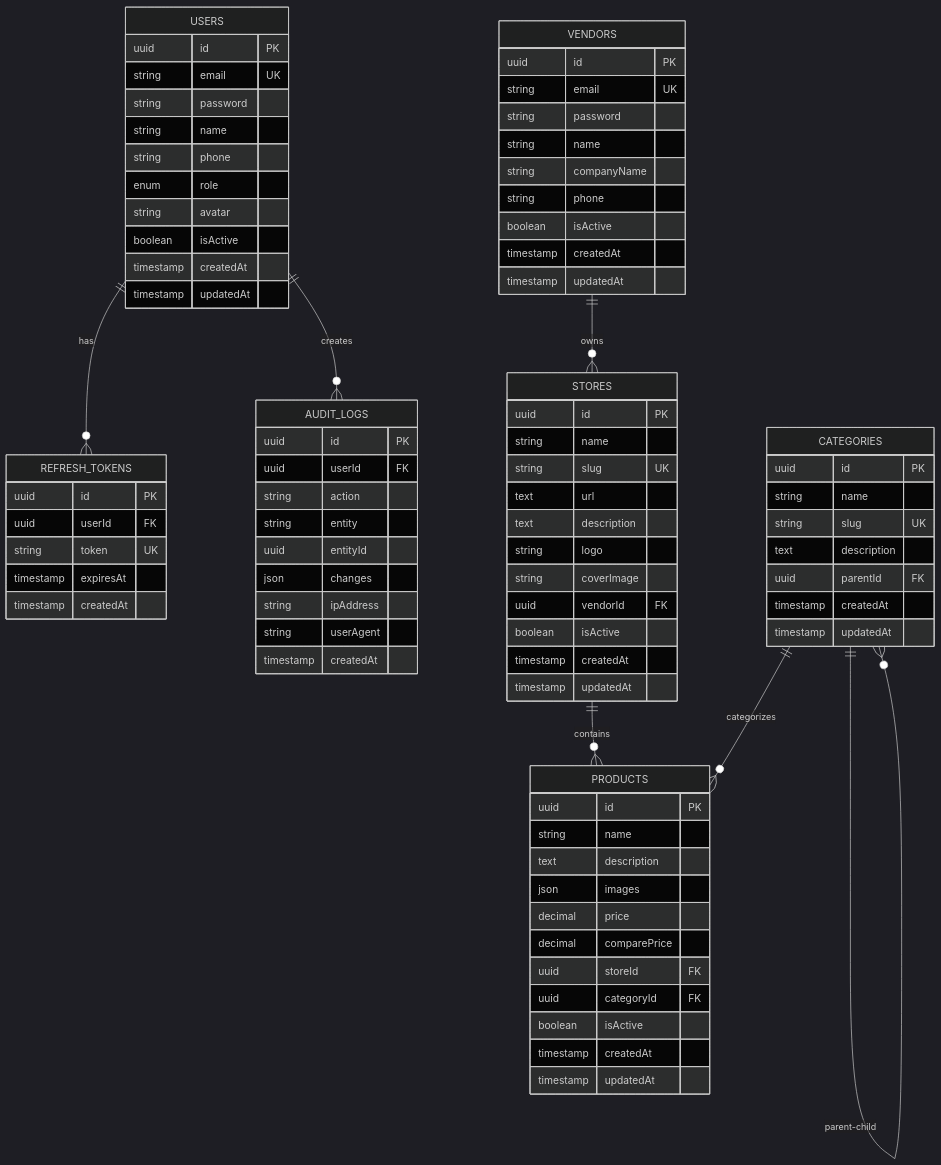
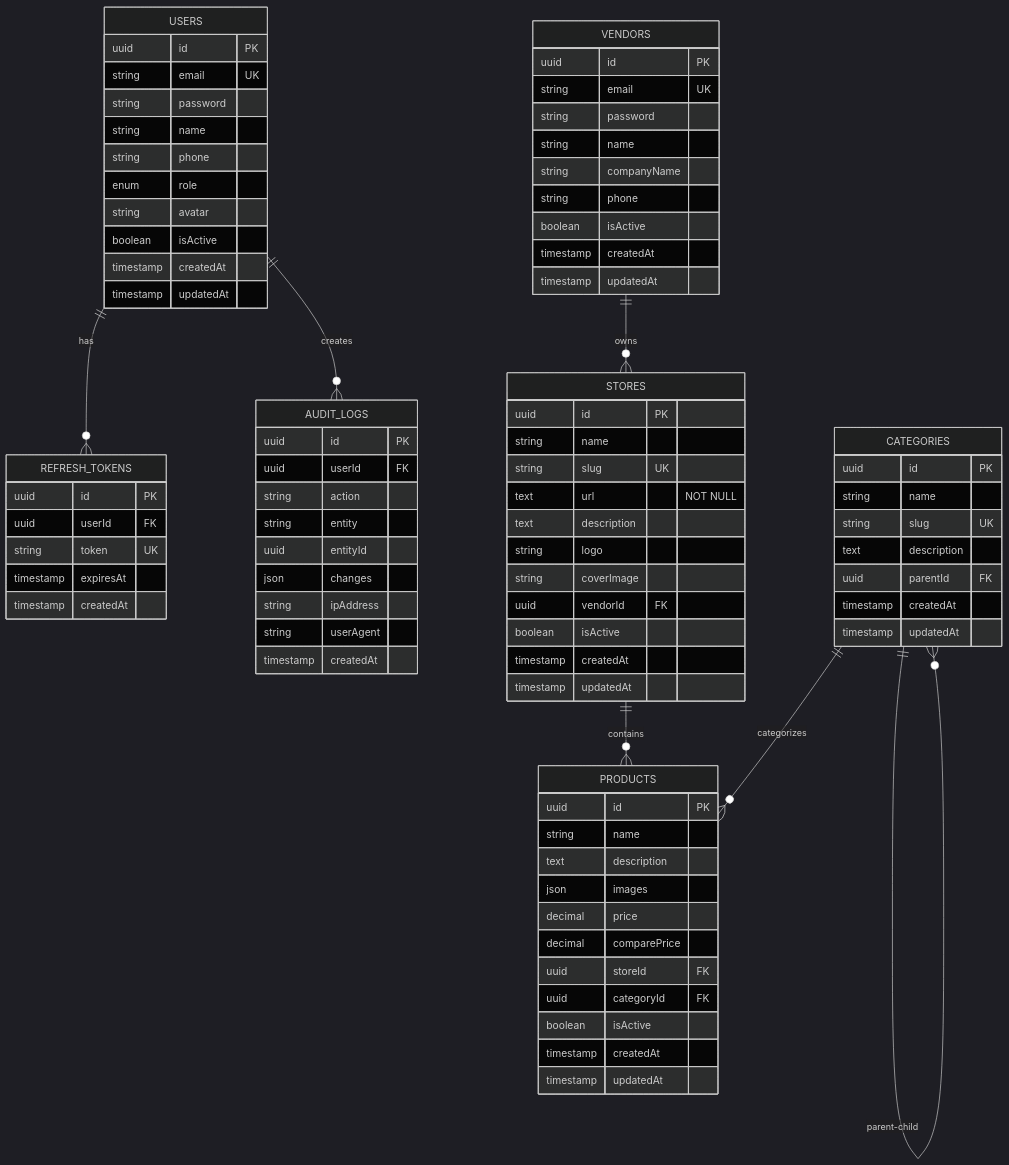
Before and after one commit to Miri121/my-mall: the eighth of 11 diagrams in plans/ARCHITECTURE_DIAGRAM.md, drawn with Mermaid (dark theme). The commit also changed other lines of this file and 4 other files, not shown here.

```diff
--- a/plans/ARCHITECTURE_DIAGRAM.md
+++ b/plans/ARCHITECTURE_DIAGRAM.md
@@ -469,7 +469,7 @@
         uuid id PK
         string name
         string slug UK
-        text url
+        text url "NOT NULL"
         text description
         string logo
         string coverImage
```
